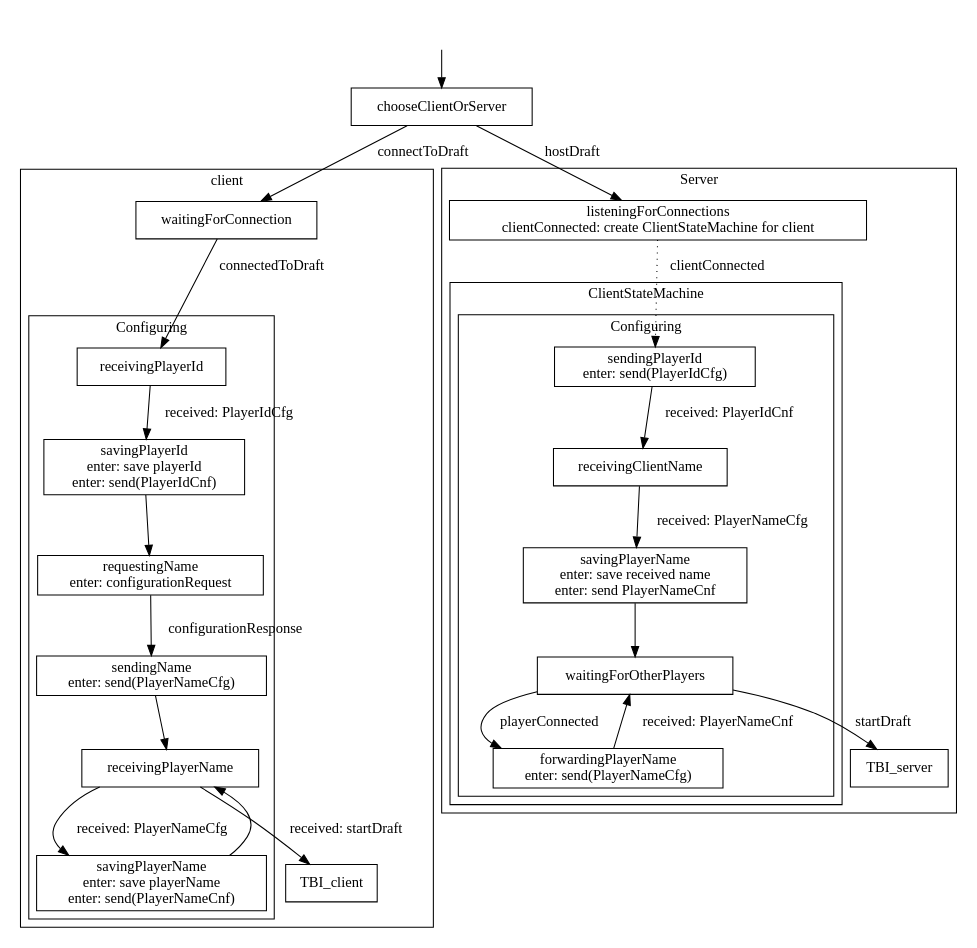
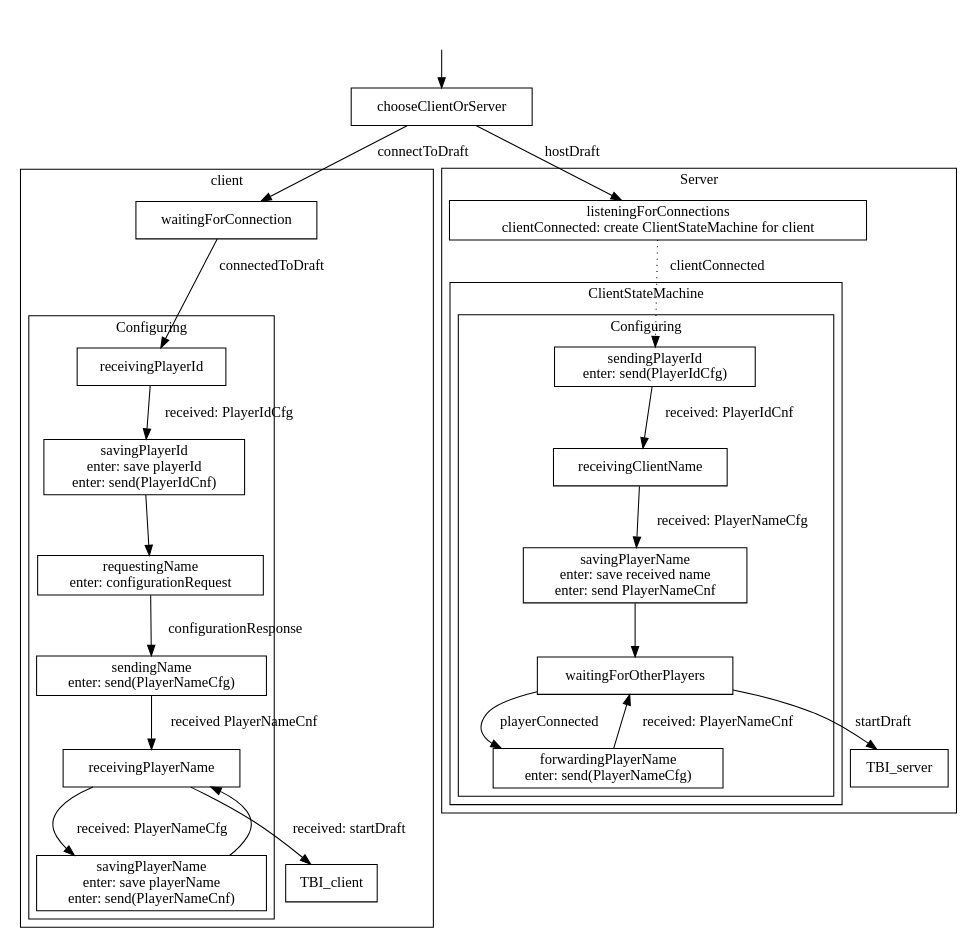
Before and after one commit to elchtzeasar/draft: the diagram in state/graph.dot, drawn with Graphviz. The commit also changed 6 other files, not shown here.

Commit message:
Made the client state machine wait for a PlayerNameCnf before being done with sending its player name. Added more verbose logging to component stubs to help in bug searching.

```diff
--- a/state/graph.dot
+++ b/state/graph.dot
@@ -1,59 +1,59 @@
 digraph G {
   node [shape=box];
 
   subgraph cluster1 {
     label = "client";
 
     subgraph cluster11 {
       label = "Configuring";
 
       savingPlayerId [label = "savingPlayerId\nenter: save playerId\nenter: send(PlayerIdCnf)"];
       requestingName_client [label = "requestingName\nenter: configurationRequest"];
       sendingName_client [label = "sendingName\nenter: send(PlayerNameCfg)"];
       savingPlayerName_client [label = "savingPlayerName\nenter: save playerName\nenter: send(PlayerNameCnf)"];
 
       receivingPlayerId -> savingPlayerId [label = "received: PlayerIdCfg"];
       savingPlayerId -> requestingName_client;
       requestingName_client -> sendingName_client [label = "configurationResponse"];
-      sendingName_client -> receivingPlayerName;
+      sendingName_client -> receivingPlayerName [label = "received PlayerNameCnf"];
       receivingPlayerName -> savingPlayerName_client [label = "received: PlayerNameCfg"];
       savingPlayerName_client -> receivingPlayerName;
     }
 
     receivingPlayerName -> TBI_client [label = "received: startDraft"];
     waitingForConnection -> receivingPlayerId [label = "connectedToDraft"];
   }
 
   subgraph cluster2 {
     label = "Server";
 
     listeningForConnections [label = "listeningForConnections\nclientConnected: create ClientStateMachine for client"];
 
     subgraph cluster21 {
       label = "ClientStateMachine";
   
       subgraph cluster211 {
         label = "Configuring";
 
 	sendingPlayerId [label = "sendingPlayerId\nenter: send(PlayerIdCfg)"];
  	savingPlayerName_server [label = "savingPlayerName\nenter: save received name\nenter: send PlayerNameCnf"];
 	waitingForOtherPlayers;
  	forwardingPlayerName [label = "forwardingPlayerName\nenter: send(PlayerNameCfg)"];
 
 	sendingPlayerId -> receivingClientName [label = "received: PlayerIdCnf"];
 	receivingClientName -> savingPlayerName_server [label = "received: PlayerNameCfg"];
 	savingPlayerName_server -> waitingForOtherPlayers;
 	waitingForOtherPlayers -> forwardingPlayerName [label = "playerConnected"];
 	forwardingPlayerName -> waitingForOtherPlayers [label = "received: PlayerNameCnf"];
       }
     } 
 
     listeningForConnections -> sendingPlayerId [style=dotted, label = "clientConnected"];
     waitingForOtherPlayers -> TBI_server [label = "startDraft"];
   }
 
   null [shape = plaintext label=""];
   null -> chooseClientOrServer;
   chooseClientOrServer -> waitingForConnection [label = "connectToDraft"];
   chooseClientOrServer -> listeningForConnections [label = "hostDraft"];
 }
```
